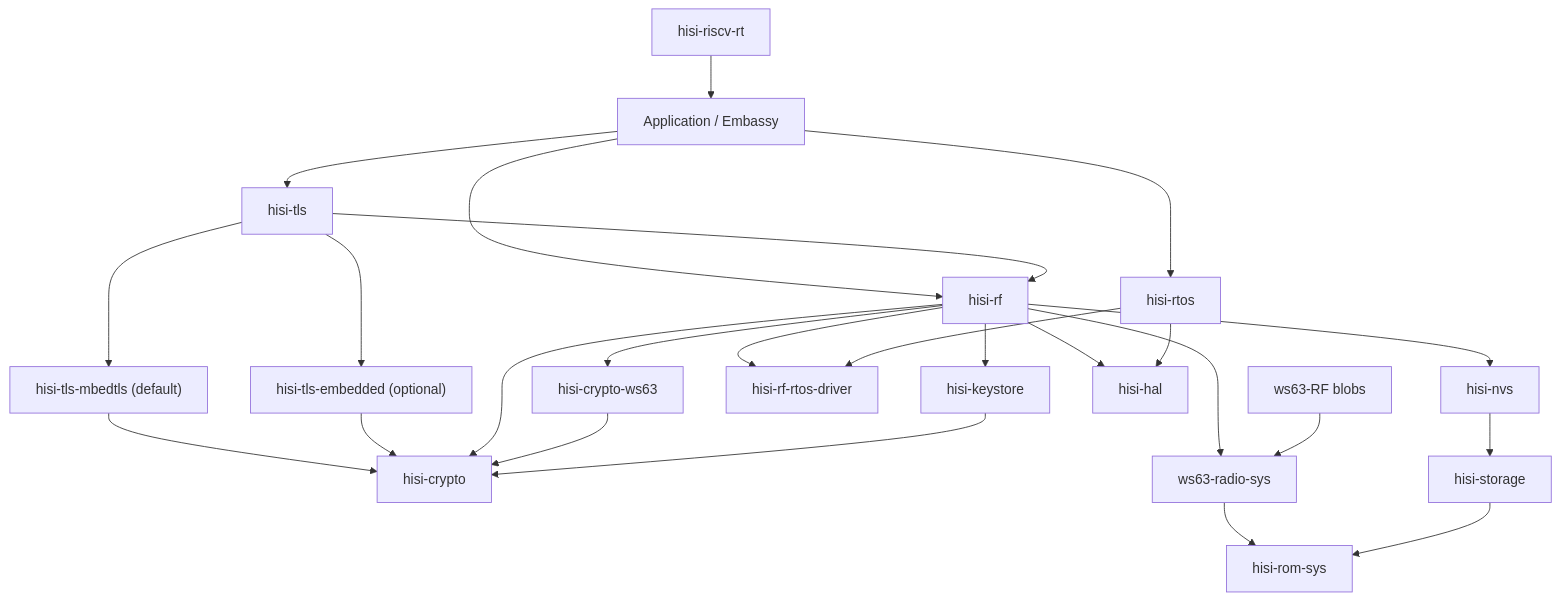
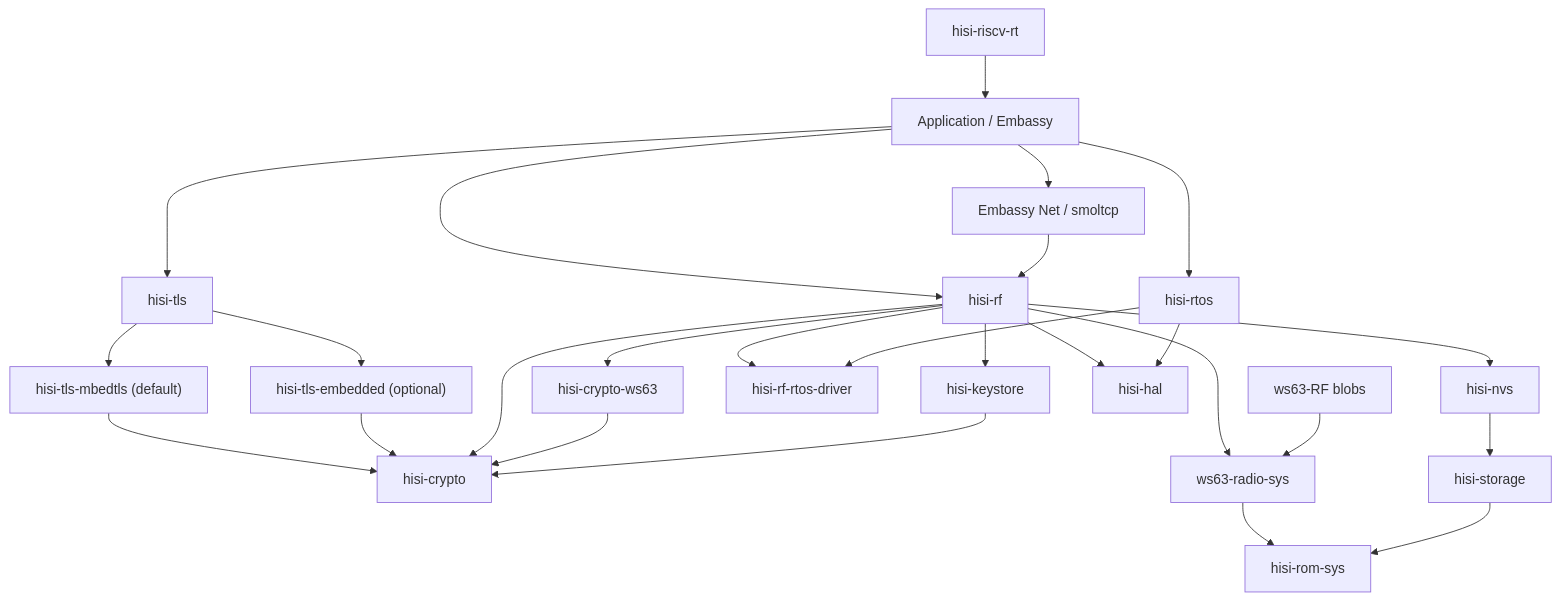
The diagram in docs/plan/hisi-connectivity-stack.md (hispark-rs/hisi-riscv-rs), drawn with Mermaid before and after one commit. The commit also changed other lines of this file and 5 other files, not shown here.

````diff
--- a/docs/plan/hisi-connectivity-stack.md
+++ b/docs/plan/hisi-connectivity-stack.md
@@ -549,27 +549,28 @@
 ```mermaid
 graph TD
   APP["Application / Embassy"] --> RF["hisi-rf"]
   APP --> RTOS["hisi-rtos"]
   APP --> TLS["hisi-tls"]
   TLS --> TLS_MBED["hisi-tls-mbedtls (default)"]
   TLS --> TLS_EMBED["hisi-tls-embedded (optional)"]
   TLS_MBED --> CRYPTO["hisi-crypto"]
   TLS_EMBED --> CRYPTO
-  TLS --> RF
+  APP --> NET["Embassy Net / smoltcp"]
+  NET --> RF
   RF --> CRYPTO
   RF --> CRYPTO_WS63["hisi-crypto-ws63"]
   CRYPTO_WS63 --> CRYPTO
   KEYSTORE["hisi-keystore"] --> CRYPTO
   RF --> KEYSTORE
   RF --> SYS["ws63-radio-sys"]
   RF --> DRIVER["hisi-rf-rtos-driver"]
   RTOS --> DRIVER
   RF --> NVS["hisi-nvs"]
   NVS --> STORAGE["hisi-storage"]
   SYS --> ROM["hisi-rom-sys"]
   STORAGE --> ROM
   RF --> HAL["hisi-hal"]
   RTOS --> HAL
   RT["hisi-riscv-rt"] --> APP
   BLOB["ws63-RF blobs"] --> SYS
 ```
````
